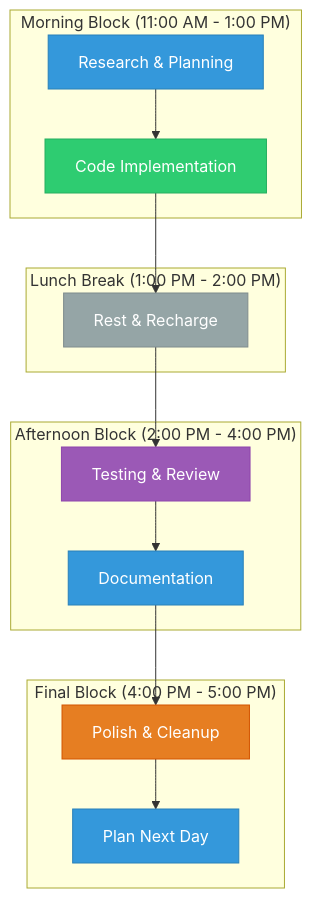
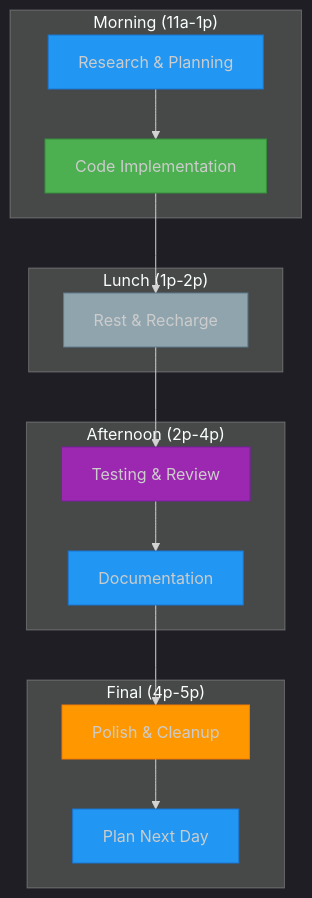
The third of 3 diagrams in project-docs/visual_timeline.md (Geocodio/geocodio-library-python), drawn with Mermaid before and after one commit. The commit also changed other lines of this file, not shown here.

Commit message:
Improve Daily Progress Tracker: add colors, simplify time labels, maintain consistent styling

````diff
--- a/project-docs/visual_timeline.md
+++ b/project-docs/visual_timeline.md
@@ -94,36 +104,33 @@
 ```mermaid
+%%{init: { 'theme': 'dark', 'themeVariables': { 'fontFamily': 'arial', 'backgroundColor': 'transparent' } } }%%
 flowchart TD
-    classDef research fill:#3498db,stroke:#2980b9,color:white
-    classDef sync fill:#2ecc71,stroke:#27ae60,color:white
-    classDef async fill:#f1c40f,stroke:#f39c12,color:black
-    classDef enhance fill:#e67e22,stroke:#d35400,color:white
-    classDef test fill:#9b59b6,stroke:#8e44ad,color:white
-    classDef deploy fill:#e74c3c,stroke:#c0392b,color:white
-    classDef break fill:#95a5a6,stroke:#7f8c8d,color:white
-
-    subgraph "Morning Block (11:00 AM - 1:00 PM)"
-        A[Research & Planning]:::research
-        B[Code Implementation]:::sync
+    subgraph "Morning (11a-1p)"
+        A[Research & Planning]
+        B[Code Implementation]
     end
 
-    subgraph "Lunch Break (1:00 PM - 2:00 PM)"
-        C[Rest & Recharge]:::break
+    subgraph "Lunch (1p-2p)"
+        C[Rest & Recharge]
     end
 
-    subgraph "Afternoon Block (2:00 PM - 4:00 PM)"
-        D[Testing & Review]:::test
-        E[Documentation]:::research
+    subgraph "Afternoon (2p-4p)"
+        D[Testing & Review]
+        E[Documentation]
     end
 
-    subgraph "Final Block (4:00 PM - 5:00 PM)"
-        F[Polish & Cleanup]:::enhance
-        G[Plan Next Day]:::research
+    subgraph "Final (4p-5p)"
+        F[Polish & Cleanup]
+        G[Plan Next Day]
     end
 
-    A --> B
-    B --> C
-    C --> D
-    D --> E
-    E --> F
-    F --> G
+    %% Colors matching our guide
+    style A fill:#2196F3,stroke:#1976D2,color:white %% Blue for Research
+    style B fill:#4CAF50,stroke:#388E3C,color:white %% Green for Sync/Implementation
+    style C fill:#90A4AE,stroke:#607D8B,color:white %% Gray for Break
+    style D fill:#9C27B0,stroke:#7B1FA2,color:white %% Purple for Testing
+    style E fill:#2196F3,stroke:#1976D2,color:white %% Blue for Documentation
+    style F fill:#FF9800,stroke:#F57C00,color:white %% Orange for Enhancements
+    style G fill:#2196F3,stroke:#1976D2,color:white %% Blue for Planning
+
+    A --> B --> C --> D --> E --> F --> G
 ```
````
